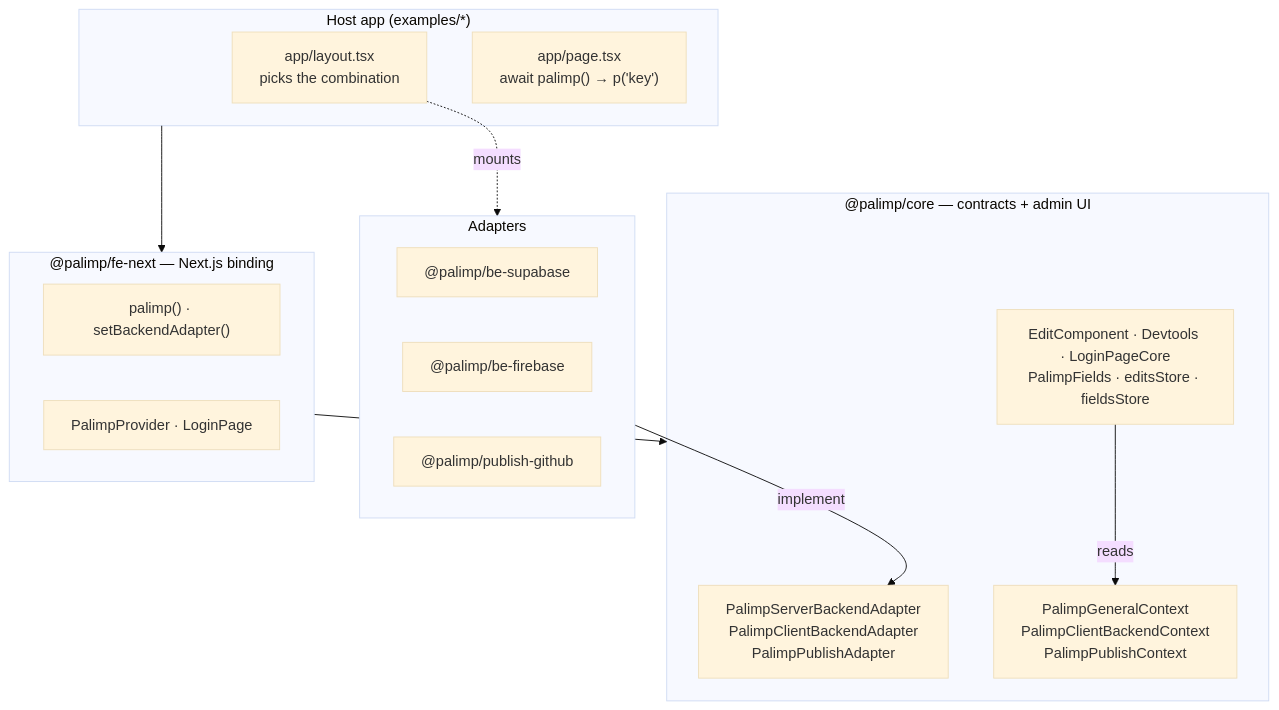
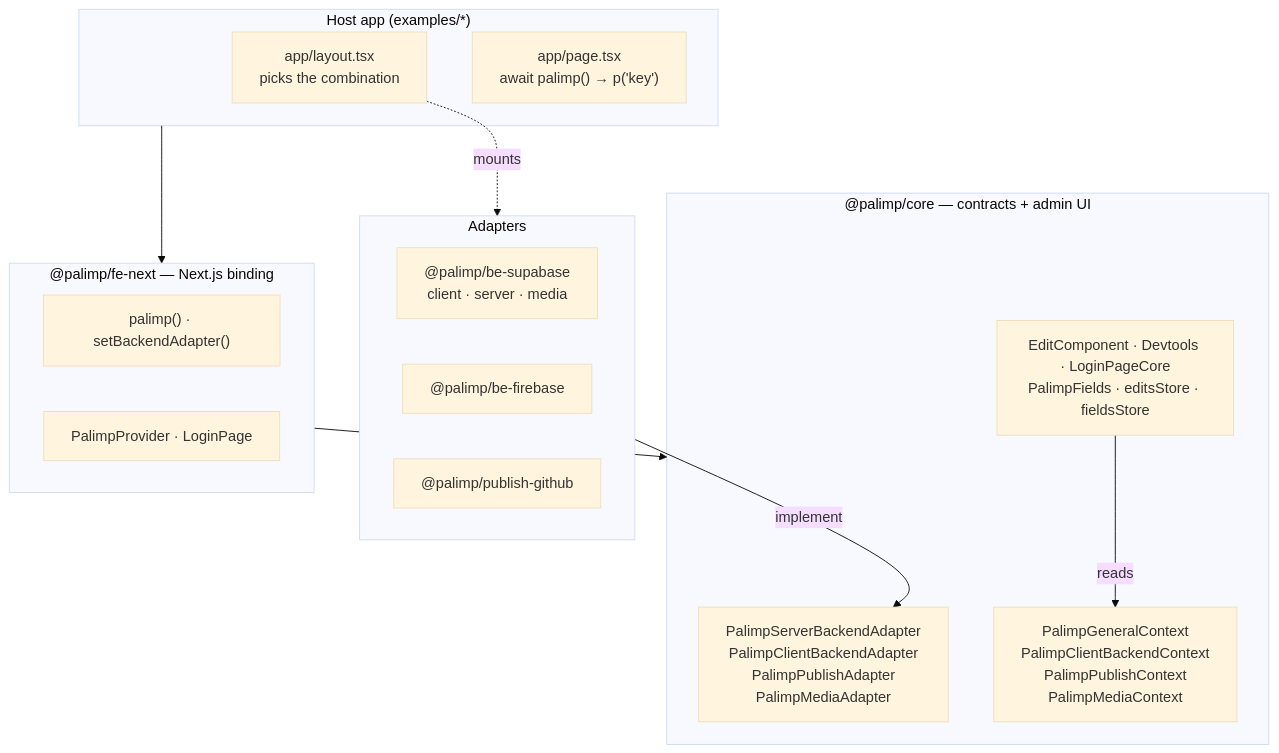
The first of 4 diagrams in docs/architecture.md (mishishishi/palimp), drawn with Mermaid (base theme) before and after one commit. The commit also changed other lines of this file and 30 other files, not shown here.

````diff
--- a/docs/architecture.md
+++ b/docs/architecture.md
@@ -27,30 +27,30 @@
 ```mermaid
 flowchart TB
     subgraph host["Host app (examples/*)"]
         layout["app/layout.tsx<br/>picks the combination"]
         page["app/page.tsx<br/>await palimp() → p('key')"]
     end
 
     subgraph fe["@palimp/fe-next — Next.js binding"]
         palimpfn["palimp() · setBackendAdapter()"]
         provider["PalimpProvider · LoginPage"]
     end
 
     subgraph core["@palimp/core — contracts + admin UI"]
-        contracts["PalimpServerBackendAdapter<br/>PalimpClientBackendAdapter<br/>PalimpPublishAdapter"]
-        ctx["PalimpGeneralContext<br/>PalimpClientBackendContext<br/>PalimpPublishContext"]
+        contracts["PalimpServerBackendAdapter<br/>PalimpClientBackendAdapter<br/>PalimpPublishAdapter<br/>PalimpMediaAdapter"]
+        ctx["PalimpGeneralContext<br/>PalimpClientBackendContext<br/>PalimpPublishContext<br/>PalimpMediaContext"]
         admin["EditComponent · Devtools · LoginPageCore<br/>PalimpFields · editsStore · fieldsStore"]
     end
 
     subgraph impls["Adapters"]
-        sb["@palimp/be-supabase"]
+        sb["@palimp/be-supabase<br/>client · server · media"]
         fb["@palimp/be-firebase"]
         gh["@palimp/publish-github"]
     end
 
     host --> fe
     fe --> core
     layout -.mounts.-> impls
     impls -- implement --> contracts
     admin -- reads --> ctx
 ```
````
